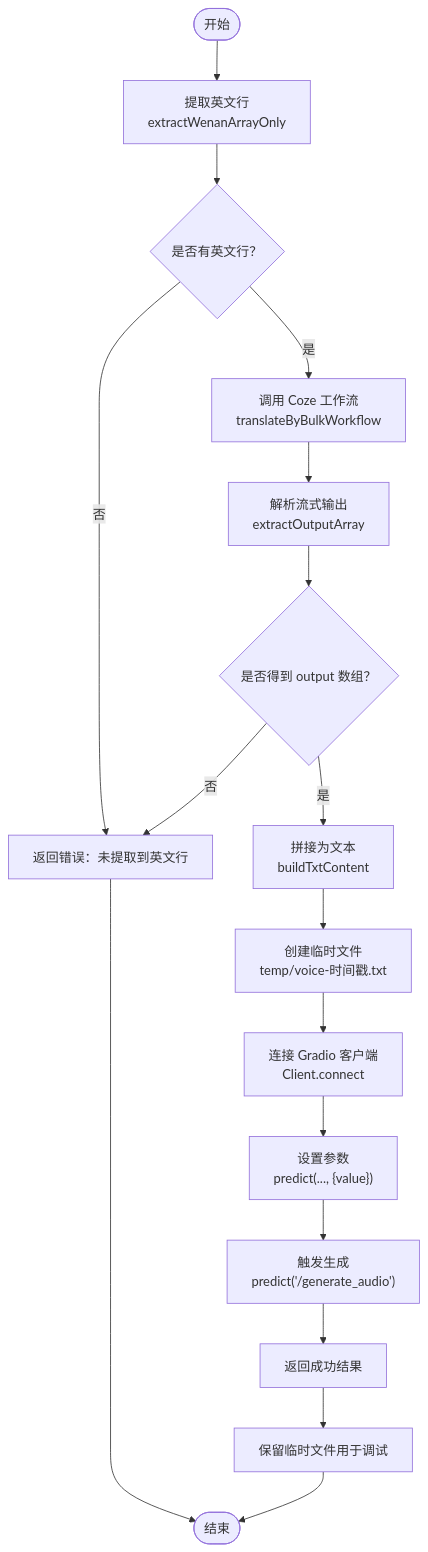
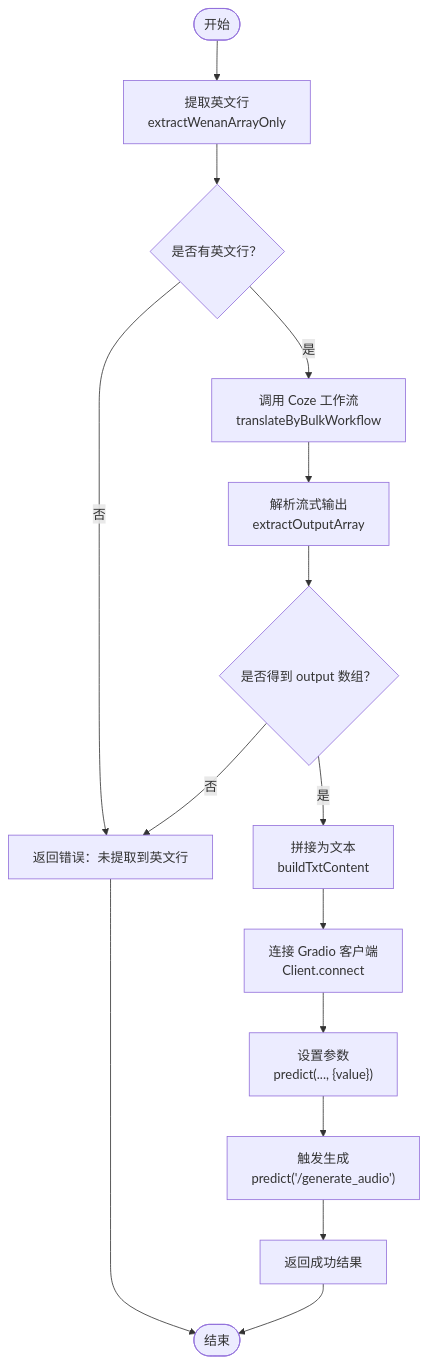
Before and after one commit to hanksd769-droid/sailshub: the third of 4 diagrams in .qoder/repowiki/zh/content/语音生成系统.md, drawn with Mermaid. The commit also changed other lines of this file and 3 other files, not shown here.

````diff
--- a/.qoder/repowiki/zh/content/语音生成系统.md
+++ b/.qoder/repowiki/zh/content/语音生成系统.md
@@ -203,19 +191,17 @@
 ```mermaid
 flowchart TD
 Start(["开始"]) --> Extract["提取英文行<br/>extractWenanArrayOnly"]
 Extract --> HasLines{"是否有英文行？"}
 HasLines -- 否 --> Err["返回错误：未提取到英文行"]
 HasLines -- 是 --> Translate["调用 Coze 工作流<br/>translateByBulkWorkflow"]
 Translate --> Parse["解析流式输出<br/>extractOutputArray"]
 Parse --> GotOutput{"是否得到 output 数组？"}
 GotOutput -- 否 --> Err
 GotOutput -- 是 --> BuildTxt["拼接为文本<br/>buildTxtContent"]
-BuildTxt --> CreateTemp["创建临时文件<br/>temp/voice-时间戳.txt"]
-CreateTemp --> Connect["连接 Gradio 客户端<br/>Client.connect"]
+BuildTxt --> Connect["连接 Gradio 客户端<br/>Client.connect"]
 Connect --> SetParams["设置参数<br/>predict(..., {value})"]
 SetParams --> Generate["触发生成<br/>predict('/generate_audio')"]
 Generate --> Success["返回成功结果"]
-Success --> CleanUp["保留临时文件用于调试"]
-CleanUp --> Done(["结束"])
+Success --> Done(["结束"])
 Err --> Done
 ```
````
